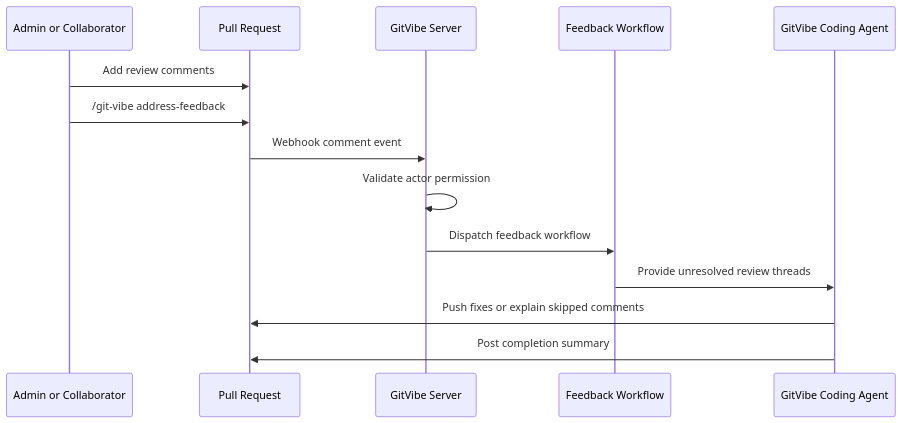
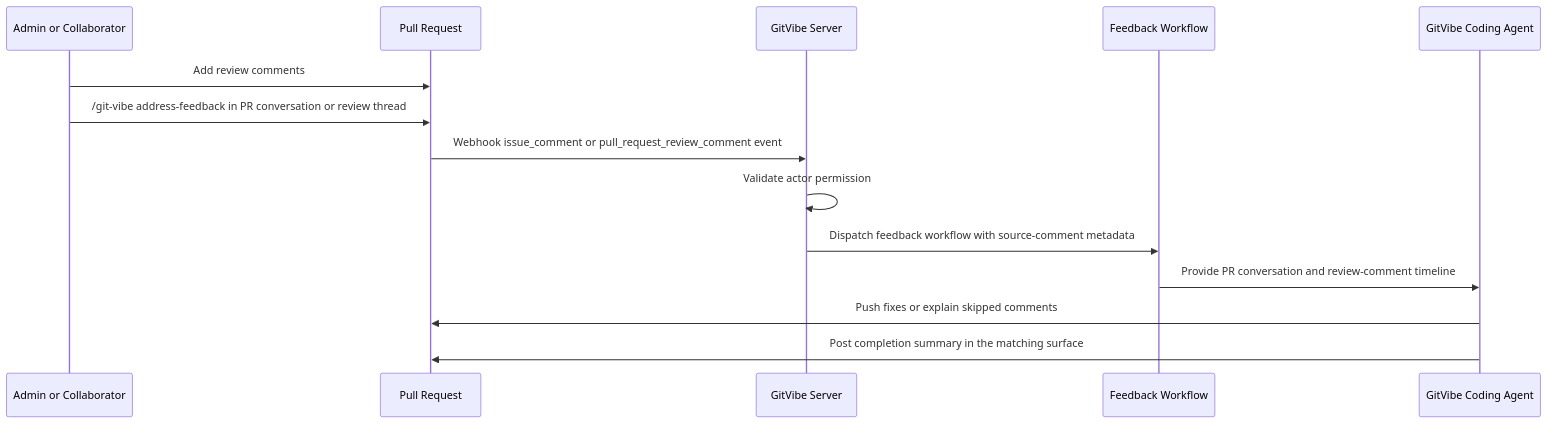
The fifth of 5 diagrams in docs/WORKFLOW.md (markhuangai/git-vibe), drawn with Mermaid before and after one commit. The commit also changed other lines of this file and 45 other files, not shown here.

Commit message:
Reply to GitVibe command comments

````diff
--- a/docs/WORKFLOW.md
+++ b/docs/WORKFLOW.md
@@ -228,17 +228,17 @@
 ```mermaid
 sequenceDiagram
   participant M as Admin or Collaborator
   participant PR as Pull Request
   participant App as GitVibe Server
   participant WF as Feedback Workflow
   participant Agent as GitVibe Coding Agent
 
   M->>PR: Add review comments
-  M->>PR: /git-vibe address-feedback
-  PR->>App: Webhook comment event
+  M->>PR: /git-vibe address-feedback in PR conversation or review thread
+  PR->>App: Webhook issue_comment or pull_request_review_comment event
   App->>App: Validate actor permission
-  App->>WF: Dispatch feedback workflow
-  WF->>Agent: Provide unresolved review threads
+  App->>WF: Dispatch feedback workflow with source-comment metadata
+  WF->>Agent: Provide PR conversation and review-comment timeline
   Agent->>PR: Push fixes or explain skipped comments
-  Agent->>PR: Post completion summary
+  Agent->>PR: Post completion summary in the matching surface
 ```
````
